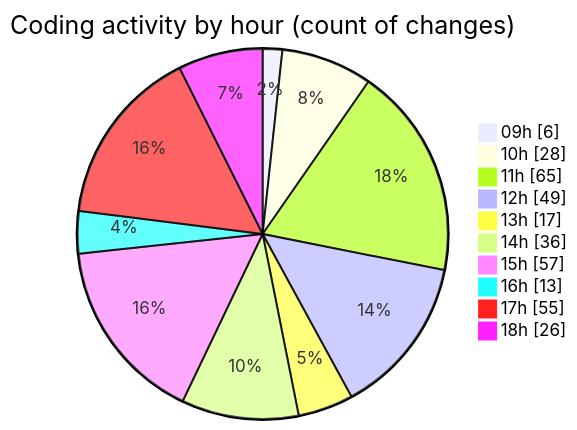
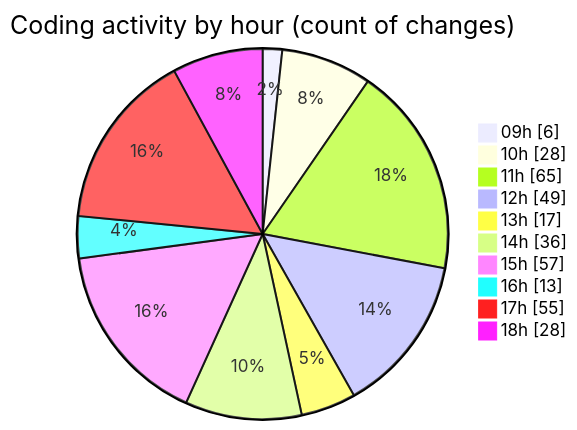
The second of 2 diagrams in 2025-03-27/cda/README.md (momahboobian/code-tracking), drawn with Mermaid before and after one commit. The commit also changed other lines of this file and 1 other file, not shown here.

````diff
--- a/2025-03-27/cda/README.md
+++ b/2025-03-27/cda/README.md
@@ -39,14 +39,14 @@
 ```mermaid
 pie showData
 title Coding activity by hour (count of changes)
 "09h" : 6
 "10h" : 28
 "11h" : 65
 "12h" : 49
 "13h" : 17
 "14h" : 36
 "15h" : 57
 "16h" : 13
 "17h" : 55
-"18h" : 26
+"18h" : 28
 ```
````
